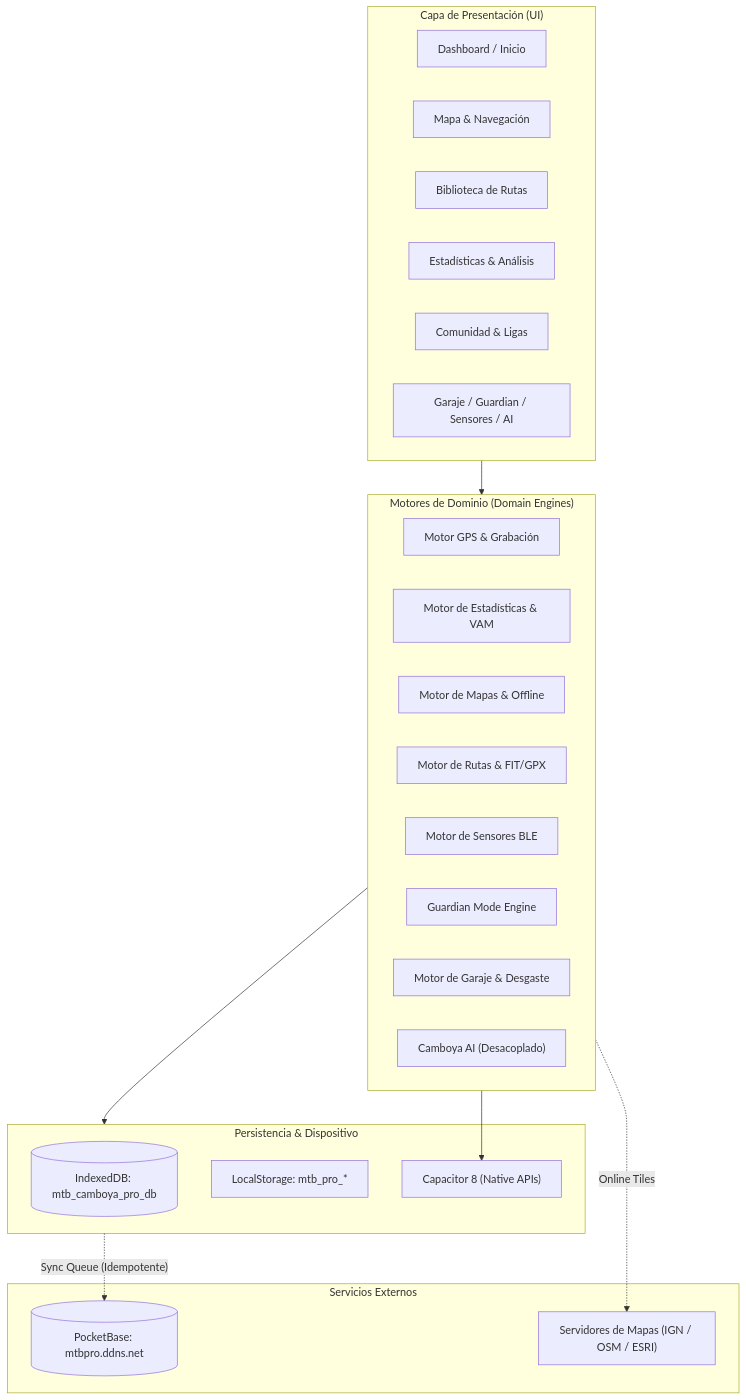
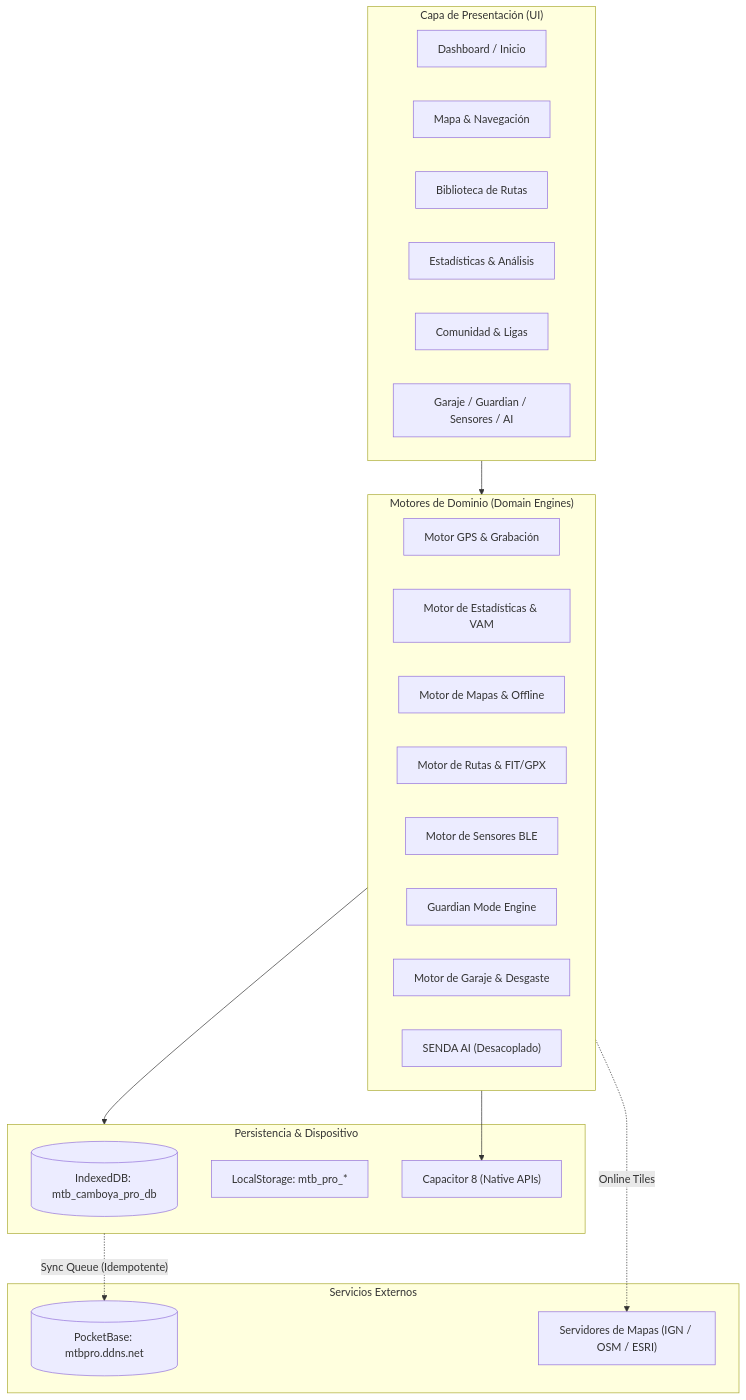
One commit to emiliopousada-svg/senda-mtb changed the diagram in ARCHITECTURE.md. Above: the diagram before and after it, drawn with Mermaid. The commit also changed other lines of this file and 18 other files, not shown here.

````diff
--- a/ARCHITECTURE.md
+++ b/ARCHITECTURE.md
@@ -18,39 +18,39 @@
 ```mermaid
 flowchart TD
     subgraph UI ["Capa de Presentación (UI)"]
         Dashboard["Dashboard / Inicio"]
         MapScreen["Mapa & Navegación"]
         RoutesScreen["Biblioteca de Rutas"]
         StatsScreen["Estadísticas & Análisis"]
         CommunityScreen["Comunidad & Ligas"]
         SubScreens["Garaje / Guardian / Sensores / AI"]
     end
 
     subgraph Domain ["Motores de Dominio (Domain Engines)"]
         GpsEngine["Motor GPS & Grabación"]
         StatsEngine["Motor de Estadísticas & VAM"]
         MapEngine["Motor de Mapas & Offline"]
         RouteEngine["Motor de Rutas & FIT/GPX"]
         SensorsEngine["Motor de Sensores BLE"]
         SafetyEngine["Guardian Mode Engine"]
         GarageEngine["Motor de Garaje & Desgaste"]
-        AiEngine["Camboya AI (Desacoplado)"]
+        AiEngine["SENDA AI (Desacoplado)"]
     end
 
     subgraph Persistence ["Persistencia & Dispositivo"]
         IndexedDB[("IndexedDB: mtb_camboya_pro_db")]
         LocalStorage["LocalStorage: mtb_pro_*"]
         Capacitor["Capacitor 8 (Native APIs)"]
     end
 
     subgraph Network ["Servicios Externos"]
         PocketBase[("PocketBase: mtbpro.ddns.net")]
         MapServers["Servidores de Mapas (IGN / OSM / ESRI)"]
     end
 
     UI --> Domain
     Domain --> Persistence
     Domain --> Capacitor
     Persistence -.->|"Sync Queue (Idempotente)"| PocketBase
     Domain -.->|"Online Tiles"| MapServers
 ```
````
